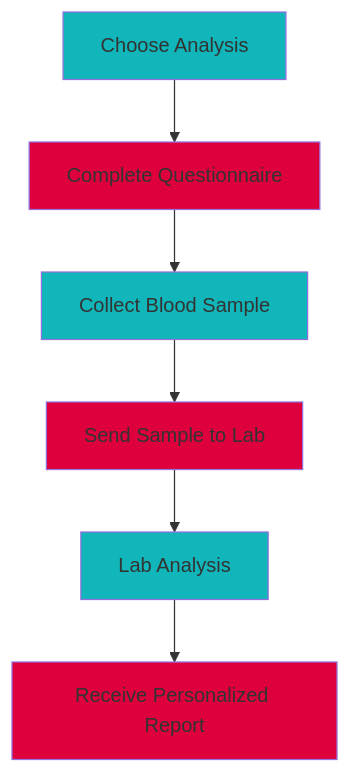
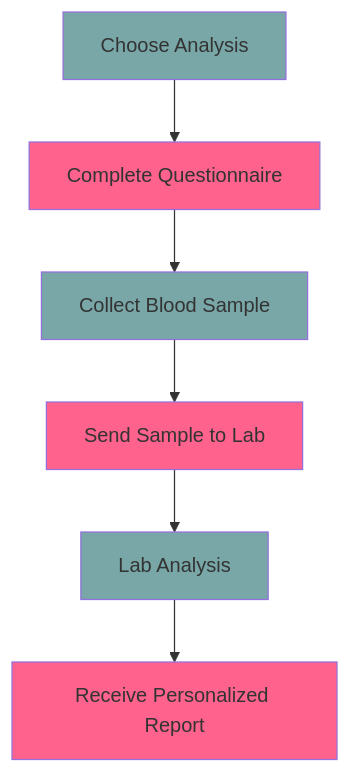
One commit to healthbiocare/.github changed the diagram in profile/README.md. Above: the diagram before and after it, drawn with Mermaid.

````diff
--- a/profile/README.md
+++ b/profile/README.md
@@ -21,14 +21,14 @@
 ```mermaid
 graph TD;
   A[Choose Analysis] --> B[Complete Questionnaire];
   B --> C[Collect Blood Sample];
   C --> D[Send Sample to Lab];
   D --> E[Lab Analysis];
   E --> F[Receive Personalized Report];
-  style A fill:#10b6b9;
-  style B fill:#de003c;
-  style C fill:#10b6b9;
-  style D fill:#de003c;
-  style E fill:#10b6b9;
-  style F fill:#de003c;
+  style A fill:#79a7a7;
+  style B fill:#FF628C;
+  style C fill:#79a7a7;
+  style D fill:#FF628C;
+  style E fill:#79a7a7;
+  style F fill:#FF628C;
 ```
````
